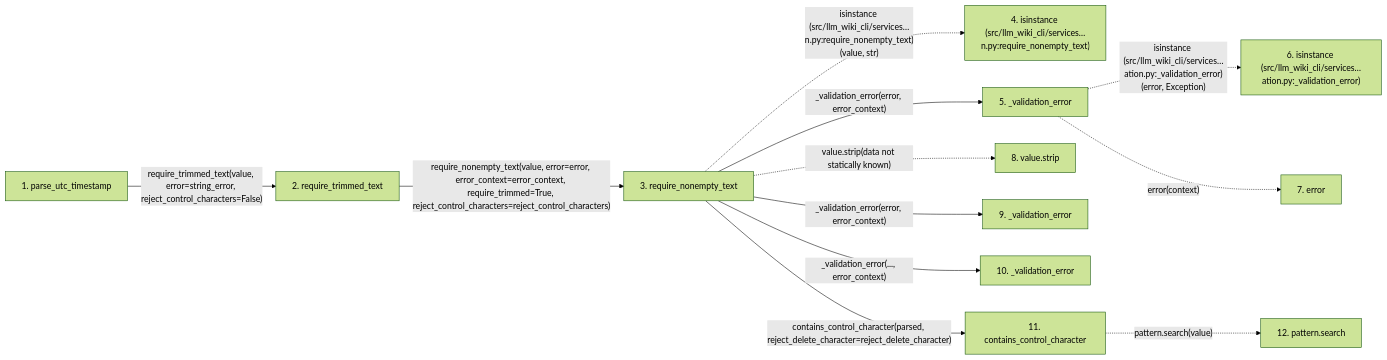
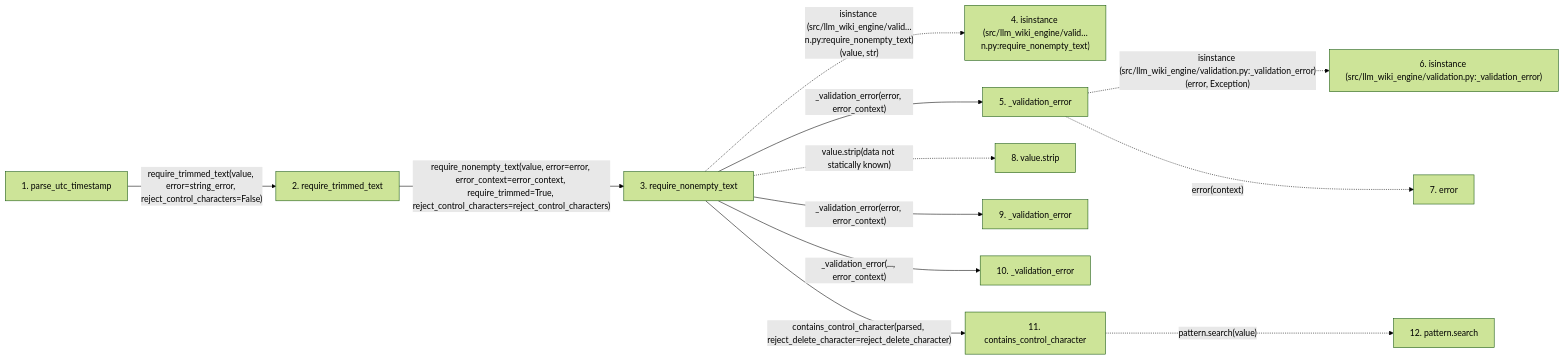
Before and after one commit to Denissvgn/python-wiki-llm: the second of 2 diagrams in docs/llm_wiki/flows/api-parse_utc_timestamp.md, drawn with Mermaid (forest theme). The commit also changed other lines of this file and 1103 other files, not shown here.

First line of the commit message:
docs: refresh the wiki for the llm-wiki-engine distribution

````diff
--- a/docs/llm_wiki/flows/api-parse_utc_timestamp.md
+++ b/docs/llm_wiki/flows/api-parse_utc_timestamp.md
@@ -66,33 +66,33 @@
 ```mermaid
 flowchart LR
     s1["1. parse_utc_timestamp"]
     s2["2. require_trimmed_text"]
     s3["3. require_nonempty_text"]
-    s4["4. isinstance (src/llm_wiki_cli/services…n.py:require_nonempty_text)"]
+    s4["4. isinstance (src/llm_wiki_engine/valid…n.py:require_nonempty_text)"]
     s5["5. _validation_error"]
-    s6["6. isinstance (src/llm_wiki_cli/services…ation.py:_validation_error)"]
+    s6["6. isinstance (src/llm_wiki_engine/validation.py:_validation_error)"]
     s7["7. error"]
     s8["8. value.strip"]
     s9["9. _validation_error"]
     s10["10. _validation_error"]
     s11["11. contains_control_character"]
     s12["12. pattern.search"]
     s1 -->|"require_trimmed_text(value, error=string_error, reject_control_characters=False)"| s2
     s2 -->|"require_nonempty_text(value, error=error, error_context=error_context, require_trimmed=True, reject_control_characters=reject_control_characters)"| s3
-    s3 -. "isinstance (src/llm_wiki_cli/services…n.py:require_nonempty_text)(value, str)" .-> s4
+    s3 -. "isinstance (src/llm_wiki_engine/valid…n.py:require_nonempty_text)(value, str)" .-> s4
     s3 -->|"_validation_error(error, error_context)"| s5
-    s5 -. "isinstance (src/llm_wiki_cli/services…ation.py:_validation_error)(error, Exception)" .-> s6
+    s5 -. "isinstance (src/llm_wiki_engine/validation.py:_validation_error)(error, Exception)" .-> s6
     s5 -. "error(context)" .-> s7
     s3 -. "value.strip(data not statically known)" .-> s8
     s3 -->|"_validation_error(error, error_context)"| s9
     s3 -->|"_validation_error(..., error_context)"| s10
     s3 -->|"contains_control_character(parsed, reject_delete_character=reject_delete_character)"| s11
     s11 -. "pattern.search(value)" .-> s12
     click s1 "../modules/validation.md"
     click s2 "../modules/validation.md"
     click s3 "../modules/validation.md"
     click s5 "../modules/validation.md"
     click s9 "../modules/validation.md"
     click s10 "../modules/validation.md"
     click s11 "../modules/validation.md"
 ```
````
